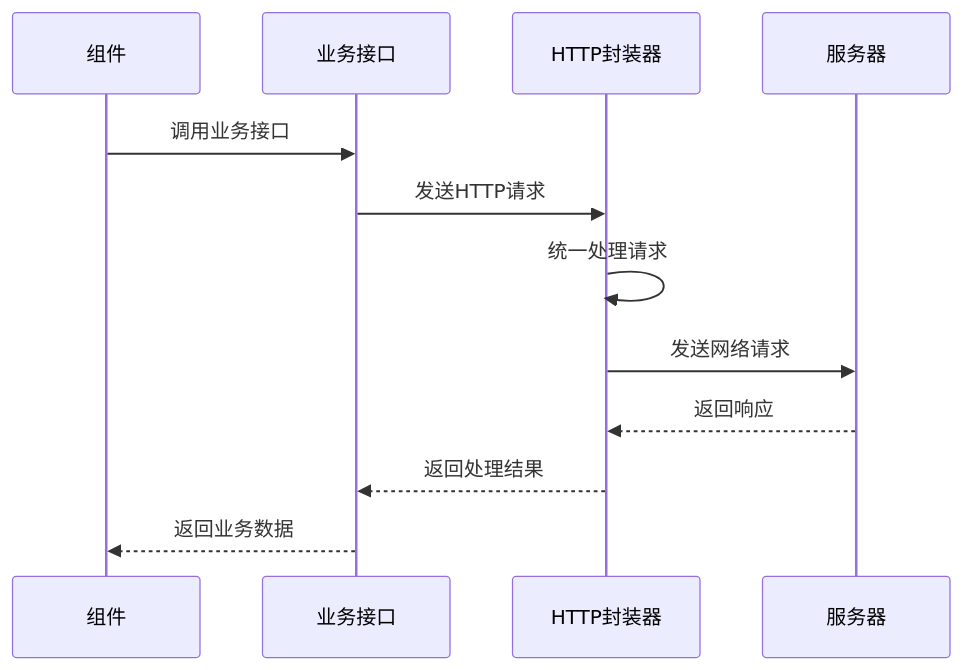
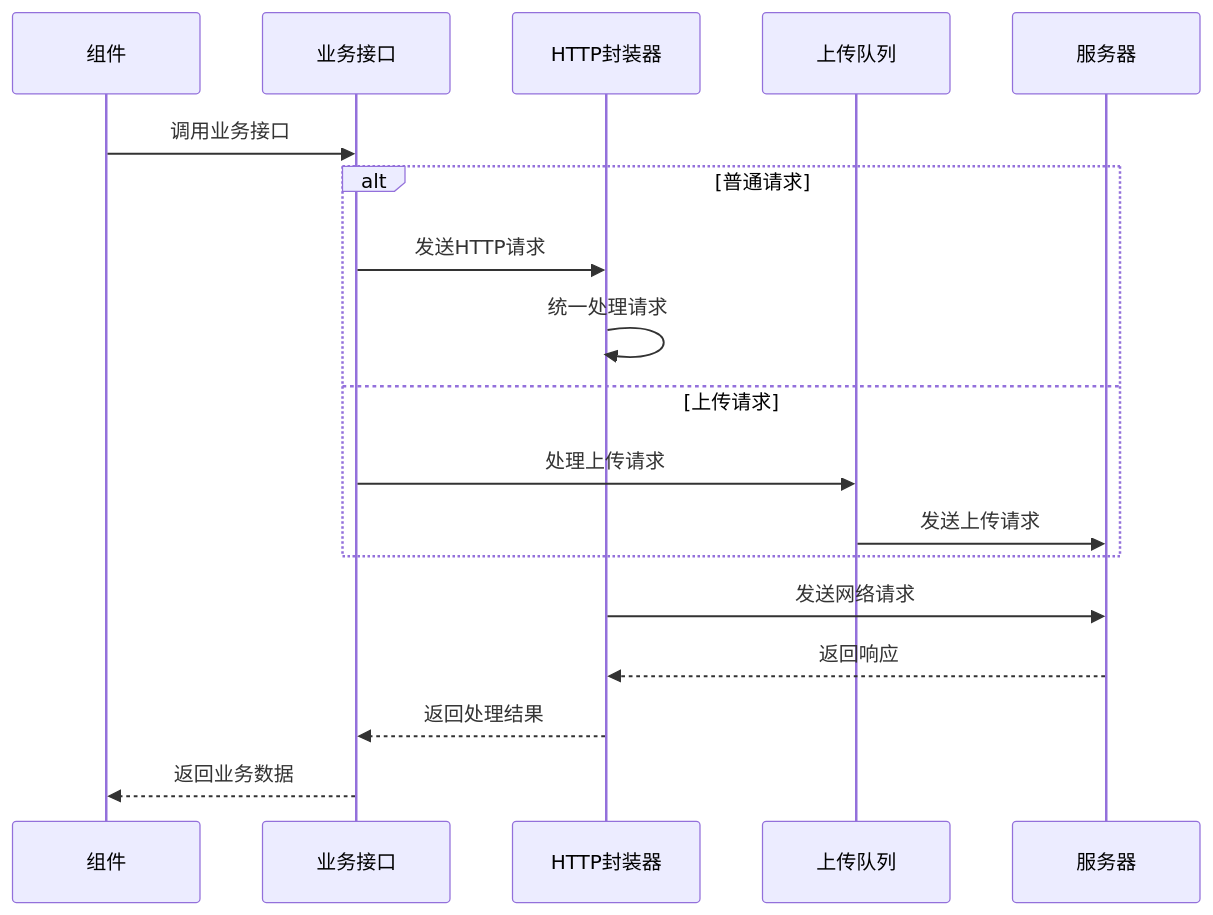
Before and after one commit to crazyma99/blueberry: the fifth of 8 diagrams in .qoder/repowiki/zh/content/工具模块详解/HTTP请求封装器.md, drawn with Mermaid. The commit also changed other lines of this file and 7 other files, not shown here.

````diff
--- a/.qoder/repowiki/zh/content/工具模块详解/HTTP请求封装器.md
+++ b/.qoder/repowiki/zh/content/工具模块详解/HTTP请求封装器.md
@@ -283,14 +407,20 @@
 ```mermaid
 sequenceDiagram
 participant Component as 组件
 participant API as 业务接口
 participant HTTP as HTTP封装器
+participant UploadQueue as 上传队列
 participant Server as 服务器
 Component->>API : 调用业务接口
+alt 普通请求
 API->>HTTP : 发送HTTP请求
 HTTP->>HTTP : 统一处理请求
+else 上传请求
+API->>UploadQueue : 处理上传请求
+UploadQueue->>Server : 发送上传请求
+end
 HTTP->>Server : 发送网络请求
 Server-->>HTTP : 返回响应
 HTTP-->>API : 返回处理结果
 API-->>Component : 返回业务数据
 ```
````
